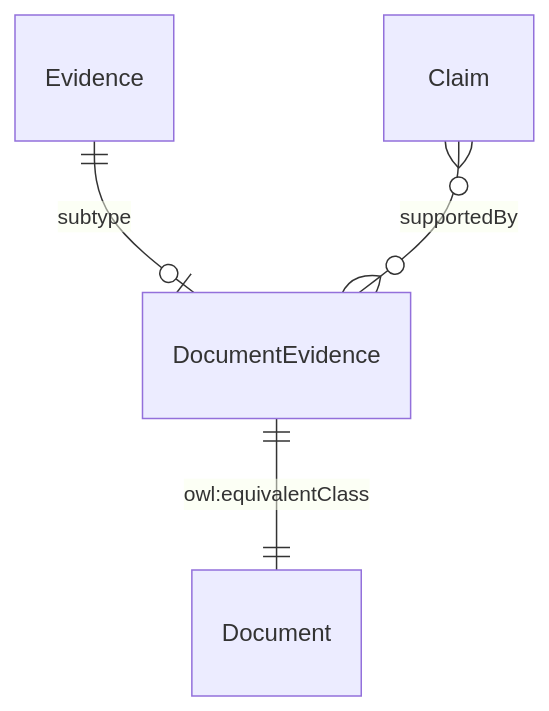
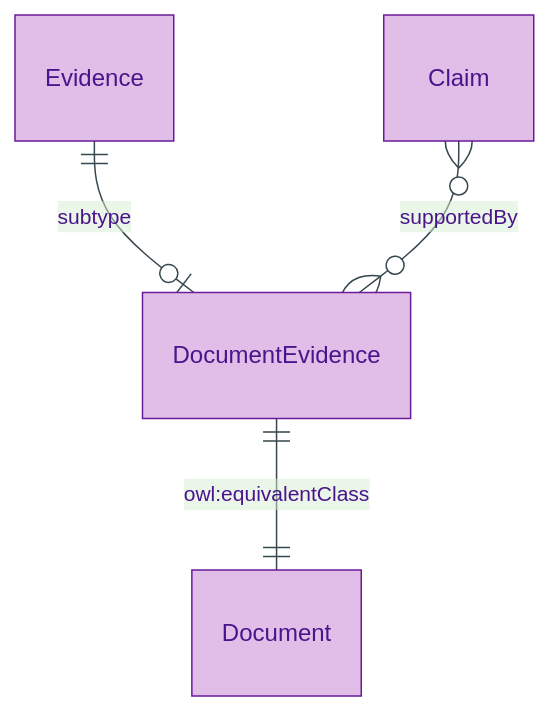
Before and after one commit to sparkling/opda: the diagram in docs/manual/logical/claim/document-evidence.md, drawn with Mermaid. The commit also changed other lines of this file and 179 other files, not shown here.

First line of the commit message:
docs(manual): Logical-tier diagram expansion via /diagramming skill

````diff
--- a/docs/manual/logical/claim/document-evidence.md
+++ b/docs/manual/logical/claim/document-evidence.md
@@ -30,6 +35,10 @@
 ```mermaid
+%%{init: {"theme": "base", "themeVariables": {"primaryColor": "#E1BEE7", "primaryTextColor": "#4A148C", "primaryBorderColor": "#6A1B9A", "lineColor": "#37474F"}}}%%
 erDiagram
+    accTitle: DocumentEvidence — Entity-Relationship Diagram
+    accDescr: Direct-neighbour view of DocumentEvidence — Evidence subtype with Document short-name alias and Claim supportedBy.
+
     Evidence ||--o| DocumentEvidence : "subtype"
     DocumentEvidence ||--|| Document : "owl:equivalentClass"
     Claim }o--o{ DocumentEvidence : "supportedBy"
 ```
````
